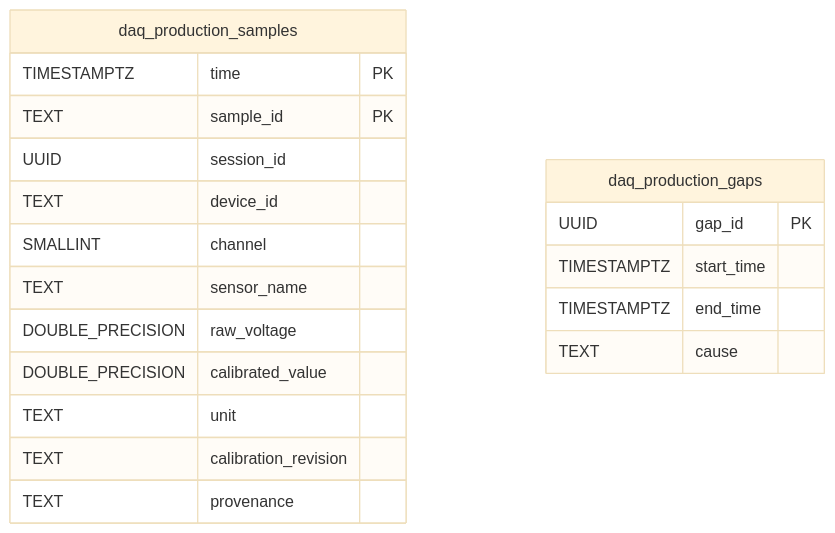
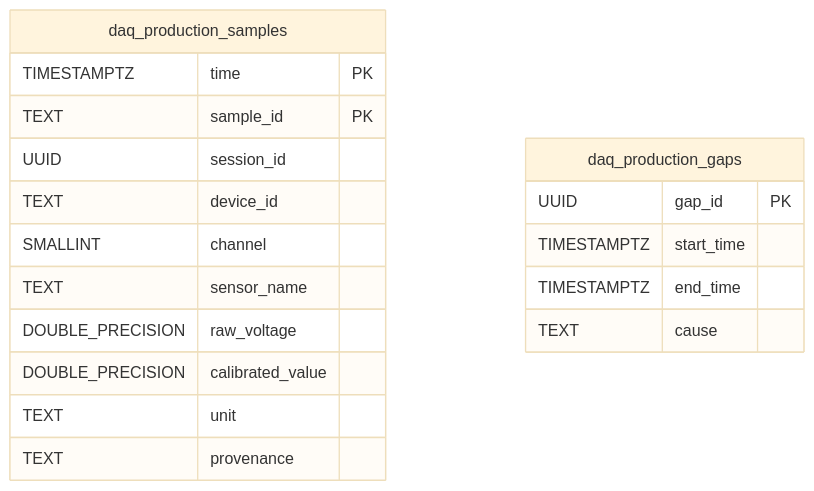
One commit to Faiisu/IIoT-data-ingest changed the diagram in docs/architecture/erd.md. Above: the diagram before and after it, drawn with Mermaid (base theme). The commit also changed 13 other files, not shown here.

Commit message:
feat(daq-navi): retire calibration revision metadata and implement versioned schema migration

````diff
--- a/docs/architecture/erd.md
+++ b/docs/architecture/erd.md
@@ -3,22 +3,21 @@
 ```mermaid
 erDiagram
     daq_production_samples {
         TIMESTAMPTZ time PK
         TEXT sample_id PK
         UUID session_id
         TEXT device_id
         SMALLINT channel
         TEXT sensor_name
         DOUBLE_PRECISION raw_voltage
         DOUBLE_PRECISION calibrated_value
         TEXT unit
-        TEXT calibration_revision
         TEXT provenance
     }
     daq_production_gaps {
         UUID gap_id PK
         TIMESTAMPTZ start_time
         TIMESTAMPTZ end_time
         TEXT cause
     }
 ```
````
